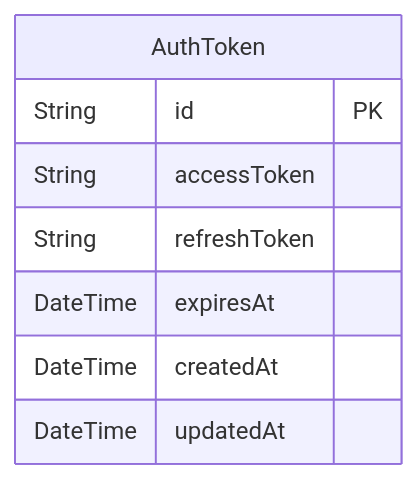
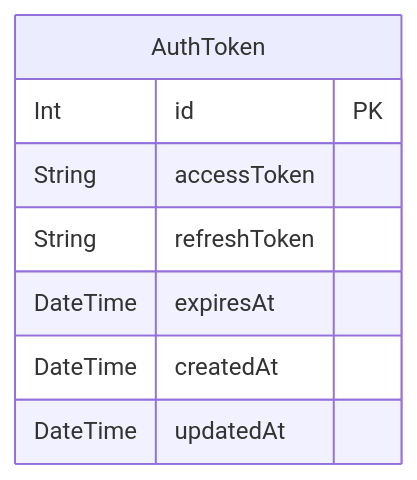
The first of 2 diagrams in apps/desktop/prisma/README.md (rayven122/tumiki), drawn with Mermaid before and after one commit. The commit also changed other lines of this file and 1 other file, not shown here.

````diff
--- a/apps/desktop/prisma/README.md
+++ b/apps/desktop/prisma/README.md
@@ -10,11 +10,11 @@
 ```mermaid
 erDiagram
 "AuthToken" {
-  String id PK
+  Int id PK
   String accessToken
   String refreshToken
   DateTime expiresAt
   DateTime createdAt
   DateTime updatedAt
 }
 ```
````
